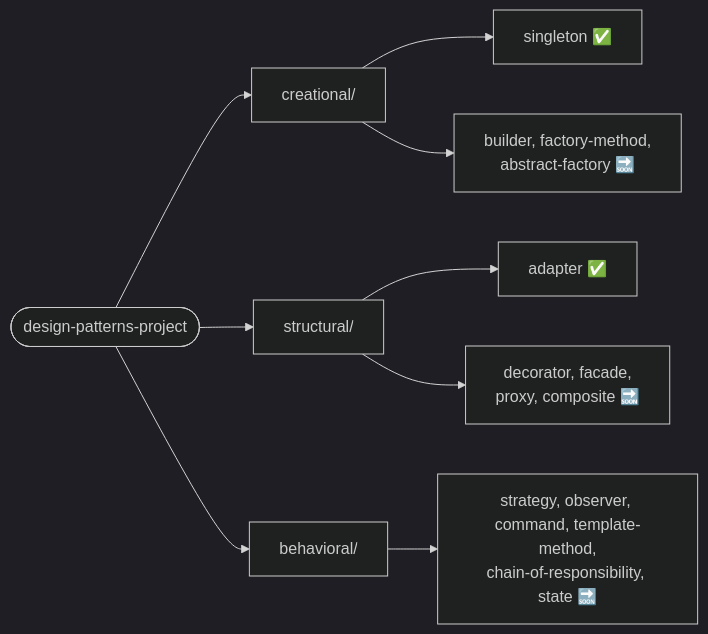
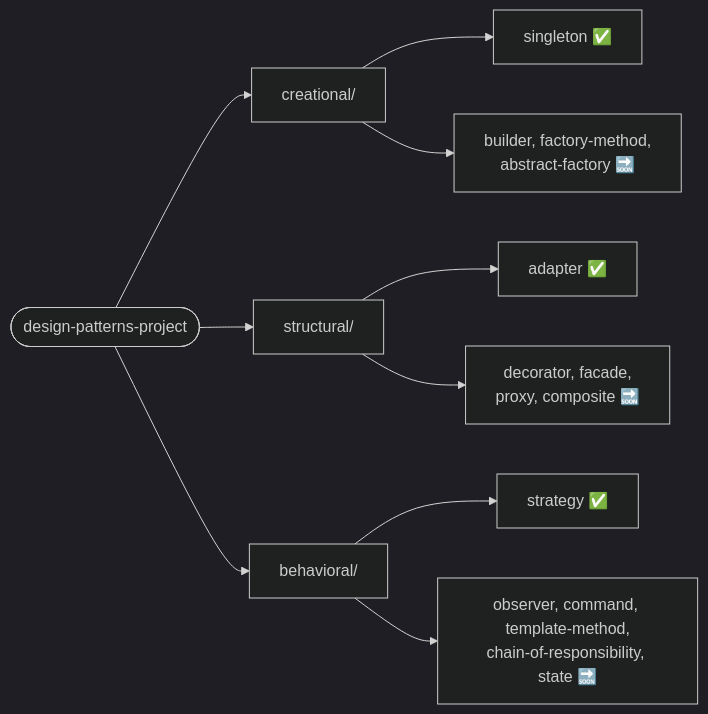
One commit to leon-lourenco/design-patterns-project changed the diagram in README.md. Above: the diagram before and after it, drawn with Mermaid (dark theme). The commit also changed other lines of this file and 18 other files, not shown here.

````diff
--- a/README.md
+++ b/README.md
@@ -49,11 +49,12 @@
 ```mermaid
 flowchart LR
     Root(["design-patterns-project"]) --> Creational["creational/"]
     Root --> Structural["structural/"]
     Root --> Behavioral["behavioral/"]
     Creational --> Singleton["singleton ✅"]
     Creational --> CreationalRest["builder, factory-method,\nabstract-factory 🔜"]
     Structural --> Adapter["adapter ✅"]
     Structural --> StructuralRest["decorator, facade,\nproxy, composite 🔜"]
-    Behavioral --> BehavioralRest["strategy, observer, command, template-method,\nchain-of-responsibility, state 🔜"]
+    Behavioral --> Strategy["strategy ✅"]
+    Behavioral --> BehavioralRest["observer, command, template-method,\nchain-of-responsibility, state 🔜"]
 ```
````
